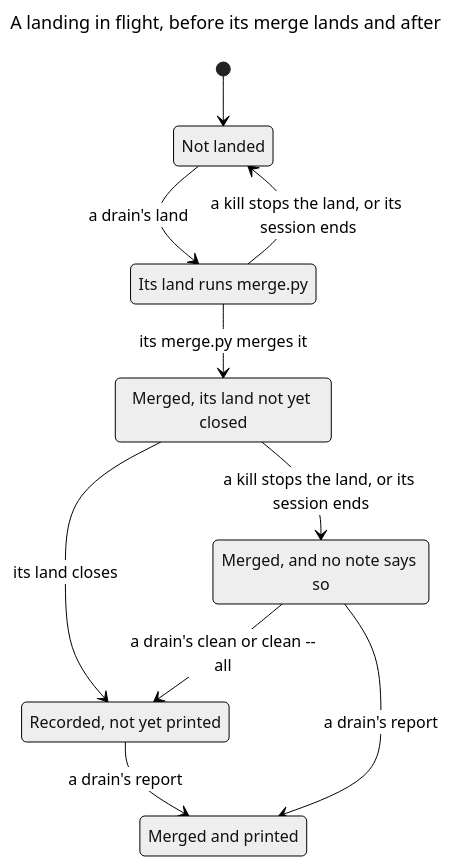
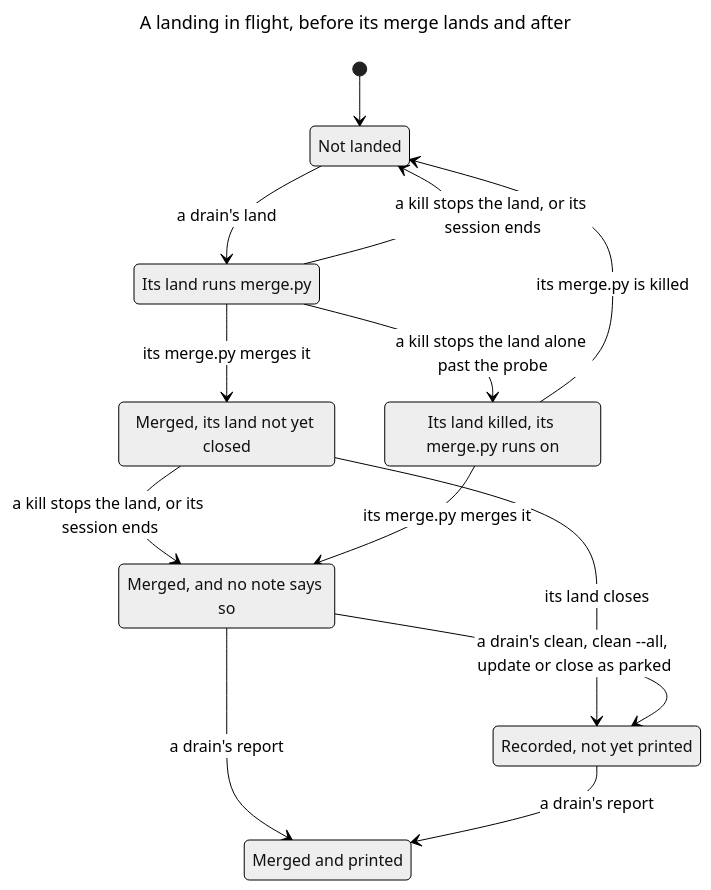
Before and after one commit to Simon-GitHub-Code/ratchet: the seventh of 9 diagrams in docs/model/drain.md, drawn with Mermaid (neutral theme). The commit also changed other lines of this file, not shown here.

First line of the commit message:
docs(model): the drain page says what the three locks of the fix keep

````diff
--- a/docs/model/drain.md
+++ b/docs/model/drain.md
@@ -361,21 +399,25 @@
 ```mermaid
 ---
 title: "A landing in flight, before its merge lands and after"
 ---
 stateDiagram-v2
   s0: Not landed
   s1: Its land runs merge.py
   s2: Merged, its land not yet closed
-  s3: Recorded, not yet printed
+  s3: Its land killed, its merge.py runs on
   s4: Merged, and no note says so
-  s5: Merged and printed
+  s5: Recorded, not yet printed
+  s6: Merged and printed
   [*] --> s0
   s0 --> s1: a drain's land
   s1 --> s0: a kill stops the land, or its session ends
   s1 --> s2: its merge.py merges it
-  s2 --> s3: its land closes
+  s1 --> s3: a kill stops the land alone past the probe
   s2 --> s4: a kill stops the land, or its session ends
-  s3 --> s5: a drain's report
-  s4 --> s3: a drain's clean or clean --all
-  s4 --> s5: a drain's report
+  s2 --> s5: its land closes
+  s3 --> s0: its merge.py is killed
+  s3 --> s4: its merge.py merges it
+  s4 --> s5: a drain's clean, clean --all, update or close as parked
+  s4 --> s6: a drain's report
+  s5 --> s6: a drain's report
 ```
````
